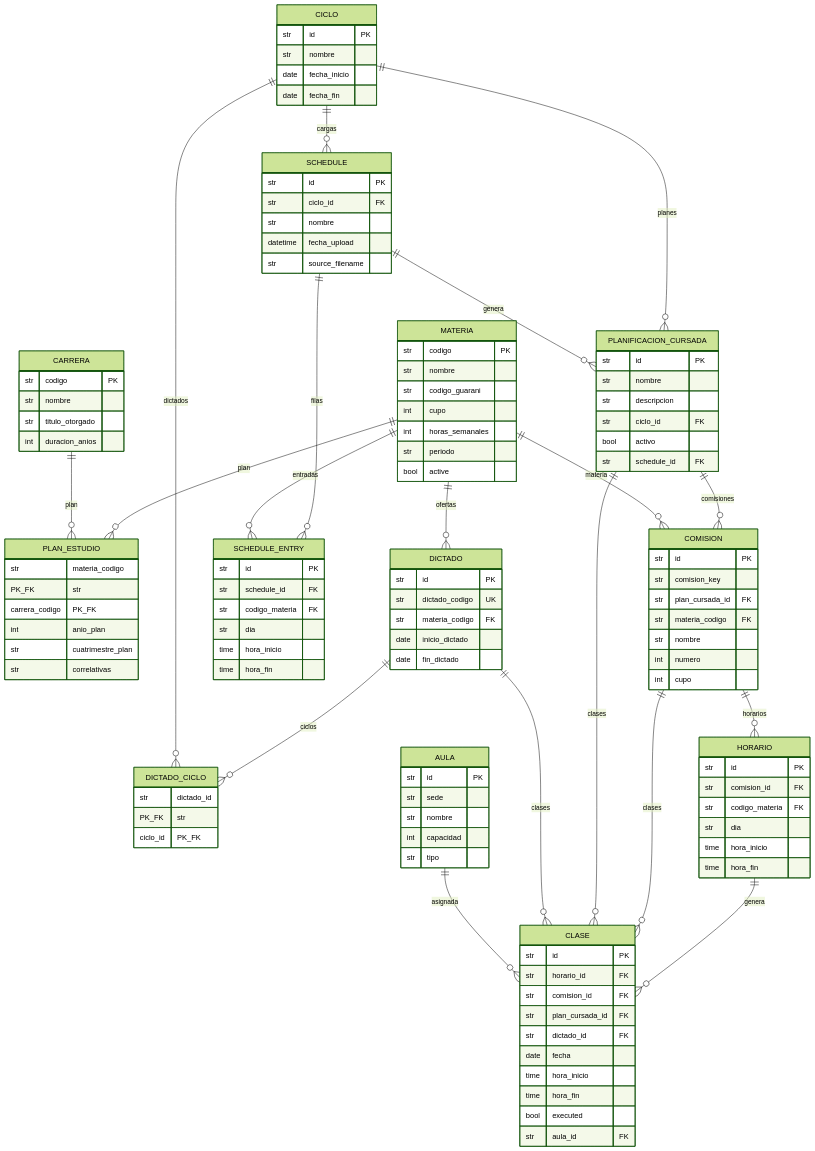
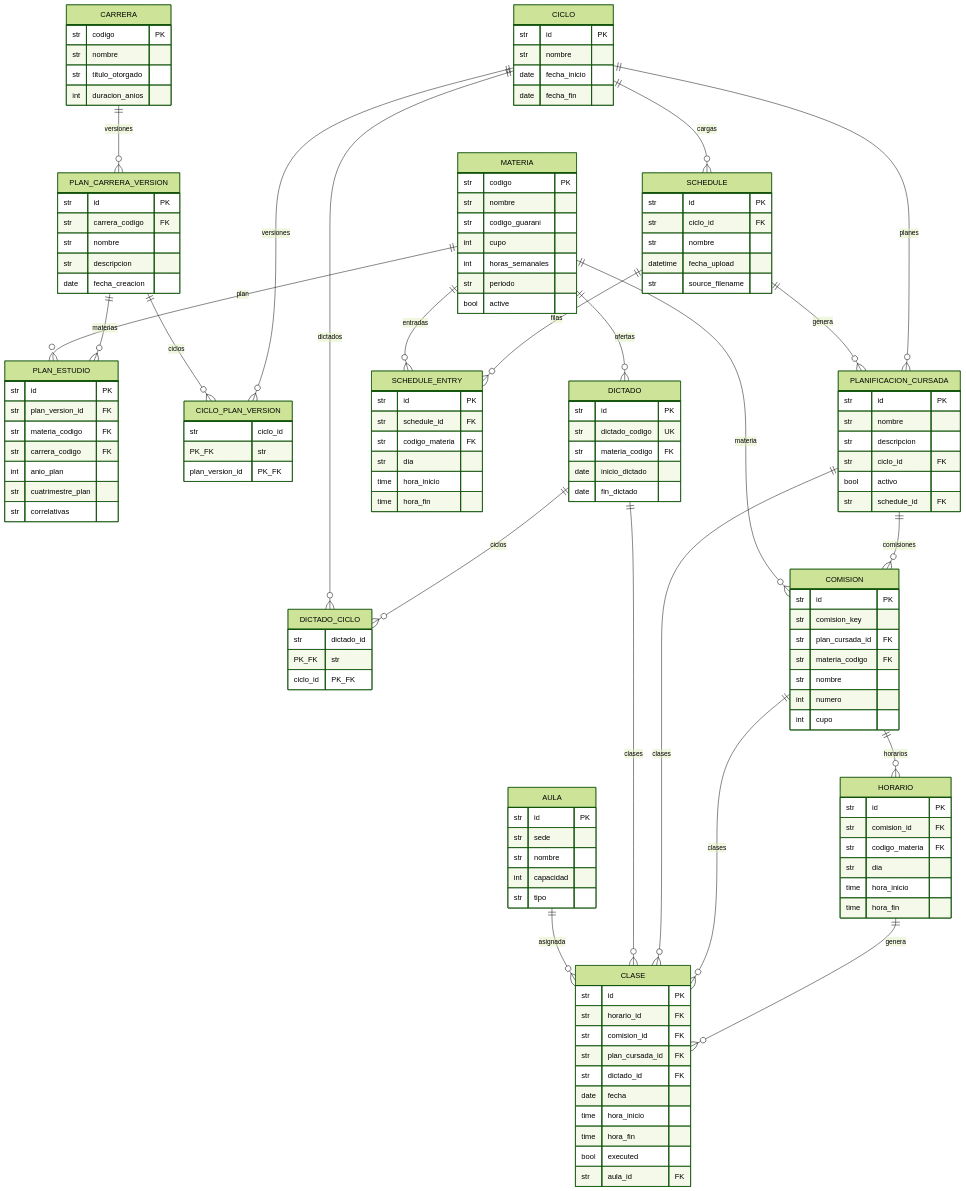
One commit to l-antonelli/gestor-aulas changed the diagram in project/1. Diseño/modelo-planificacion-cursada.md. Above: the diagram before and after it, drawn with Mermaid (forest theme). The commit also changed other lines of this file and 3 other files, not shown here.

First line of the commit message:
actualiza documentacion para versionado de planes de estudio

```diff
--- a/project/1. Diseño/modelo-planificacion-cursada.md
+++ b/project/1. Diseño/modelo-planificacion-cursada.md
@@ -446,12 +493,25 @@
         str titulo_otorgado
         int duracion_anios
     }
+    PLAN_CARRERA_VERSION {
+        str id PK
+        str carrera_codigo FK
+        str nombre
+        str descripcion
+        date fecha_creacion
+    }
     PLAN_ESTUDIO {
-        str materia_codigo PK_FK
-        str carrera_codigo PK_FK
+        str id PK
+        str plan_version_id FK
+        str materia_codigo FK
+        str carrera_codigo FK
         int anio_plan
         str cuatrimestre_plan
         str correlativas
+    }
+    CICLO_PLAN_VERSION {
+        str ciclo_id PK_FK
+        str plan_version_id PK_FK
     }
     CICLO {
         str id PK
@@ -530,12 +590,15 @@
         str tipo
     }
 
-    %% Catalogo
+    %% Catalogo y versionado de planes
+    CARRERA ||--o{ PLAN_CARRERA_VERSION : "versiones"
+    PLAN_CARRERA_VERSION ||--o{ PLAN_ESTUDIO : "materias"
     MATERIA ||--o{ PLAN_ESTUDIO : "plan"
-    CARRERA ||--o{ PLAN_ESTUDIO : "plan"
     MATERIA ||--o{ DICTADO : "ofertas"
 
-    %% Ciclo y ofertas
+    %% Ciclo, versiones de plan y ofertas
+    CICLO ||--o{ CICLO_PLAN_VERSION : "versiones"
+    PLAN_CARRERA_VERSION ||--o{ CICLO_PLAN_VERSION : "ciclos"
     DICTADO ||--o{ DICTADO_CICLO : "ciclos"
     CICLO ||--o{ DICTADO_CICLO : "dictados"
 
```
